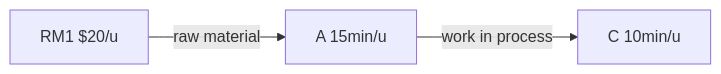
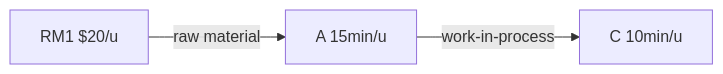
The second of 3 diagrams in content/posts/stage.md (bampli/specs), drawn with Mermaid before and after one commit. The commit also changed other lines of this file and 2 other files, not shown here.

Commit message:
add german tank problem link to timestep

```diff
--- a/content/posts/stage.md
+++ b/content/posts/stage.md
@@ -36,4 +36,4 @@
 {{< mermaid >}}
 graph LR
-    RM1[RM1 $20/u]-- raw material --> A1[A 15min/u]-- work in process --> C1[C 10min/u]
+    RM1[RM1 $20/u]-- raw material --> A1[A 15min/u]-- work-in-process --> C1[C 10min/u]
 {{< /mermaid >}}
```
